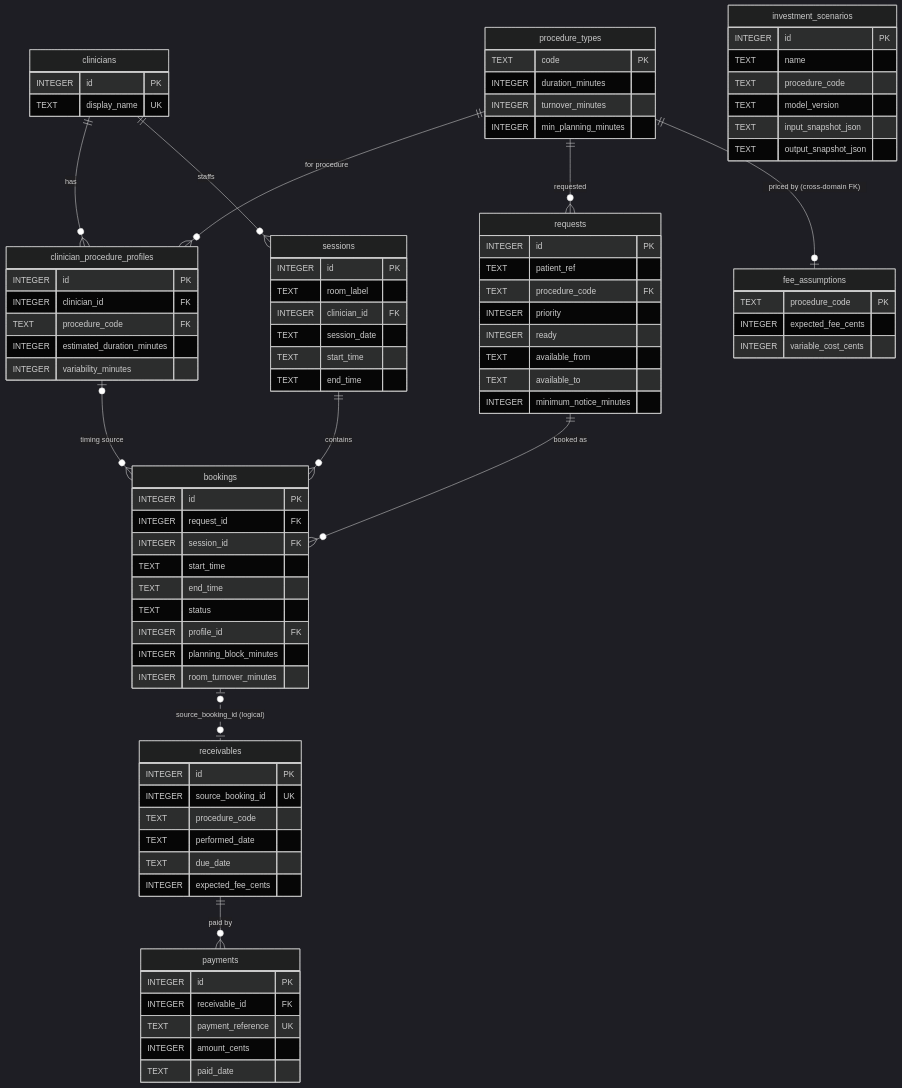
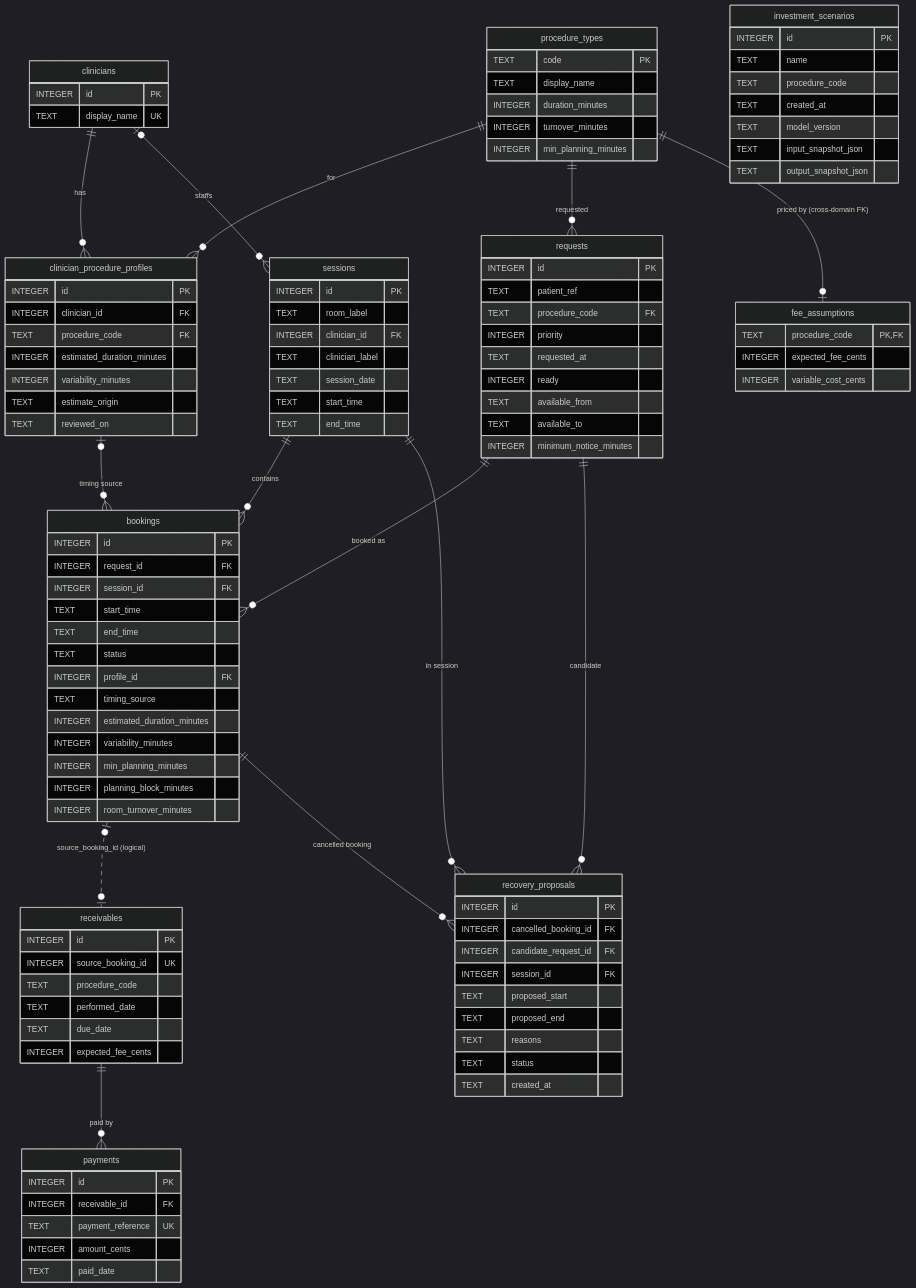
The second of 2 diagrams in docs/report.md (alejandroserranosanchez/Medic), drawn with Mermaid (dark theme) before and after one commit. The commit also changed other lines of this file and 1 other file, not shown here.

Commit message:
docs: align AI usage log and report with the brief's format and actual schema

````diff
--- a/docs/report.md
+++ b/docs/report.md
@@ -125,18 +99,22 @@
 ```mermaid
 erDiagram
     clinicians ||--o{ clinician_procedure_profiles : has
-    procedure_types ||--o{ clinician_procedure_profiles : "for procedure"
-    clinicians ||--o{ sessions : "staffs"
-    procedure_types ||--o{ requests : "requested"
+    procedure_types ||--o{ clinician_procedure_profiles : "for"
+    clinicians |o--o{ sessions : staffs
+    procedure_types ||--o{ requests : requested
     requests ||--o{ bookings : "booked as"
-    sessions ||--o{ bookings : "contains"
+    sessions ||--o{ bookings : contains
     clinician_procedure_profiles |o--o{ bookings : "timing source"
     procedure_types ||--o| fee_assumptions : "priced by (cross-domain FK)"
     bookings |o..o| receivables : "source_booking_id (logical)"
     receivables ||--o{ payments : "paid by"
+    bookings ||--o{ recovery_proposals : "cancelled booking"
+    requests ||--o{ recovery_proposals : candidate
+    sessions ||--o{ recovery_proposals : "in session"
 
     procedure_types {
         TEXT code PK
+        TEXT display_name
         INTEGER duration_minutes
         INTEGER turnover_minutes
         INTEGER min_planning_minutes
@@ -151,11 +129,14 @@
         TEXT procedure_code FK
         INTEGER estimated_duration_minutes
         INTEGER variability_minutes
+        TEXT estimate_origin
+        TEXT reviewed_on
     }
     sessions {
         INTEGER id PK
         TEXT room_label
         INTEGER clinician_id FK
+        TEXT clinician_label
         TEXT session_date
         TEXT start_time
         TEXT end_time
@@ -165,6 +146,7 @@
         TEXT patient_ref
         TEXT procedure_code FK
         INTEGER priority
+        TEXT requested_at
         INTEGER ready
         TEXT available_from
         TEXT available_to
@@ -178,11 +160,26 @@
         TEXT end_time
         TEXT status
         INTEGER profile_id FK
+        TEXT timing_source
+        INTEGER estimated_duration_minutes
+        INTEGER variability_minutes
+        INTEGER min_planning_minutes
         INTEGER planning_block_minutes
         INTEGER room_turnover_minutes
     }
+    recovery_proposals {
+        INTEGER id PK
+        INTEGER cancelled_booking_id FK
+        INTEGER candidate_request_id FK
+        INTEGER session_id FK
+        TEXT proposed_start
+        TEXT proposed_end
+        TEXT reasons
+        TEXT status
+        TEXT created_at
+    }
     fee_assumptions {
-        TEXT procedure_code PK
+        TEXT procedure_code PK, FK
         INTEGER expected_fee_cents
         INTEGER variable_cost_cents
     }
@@ -205,6 +202,7 @@
         INTEGER id PK
         TEXT name
         TEXT procedure_code
+        TEXT created_at
         TEXT model_version
         TEXT input_snapshot_json
         TEXT output_snapshot_json
````
